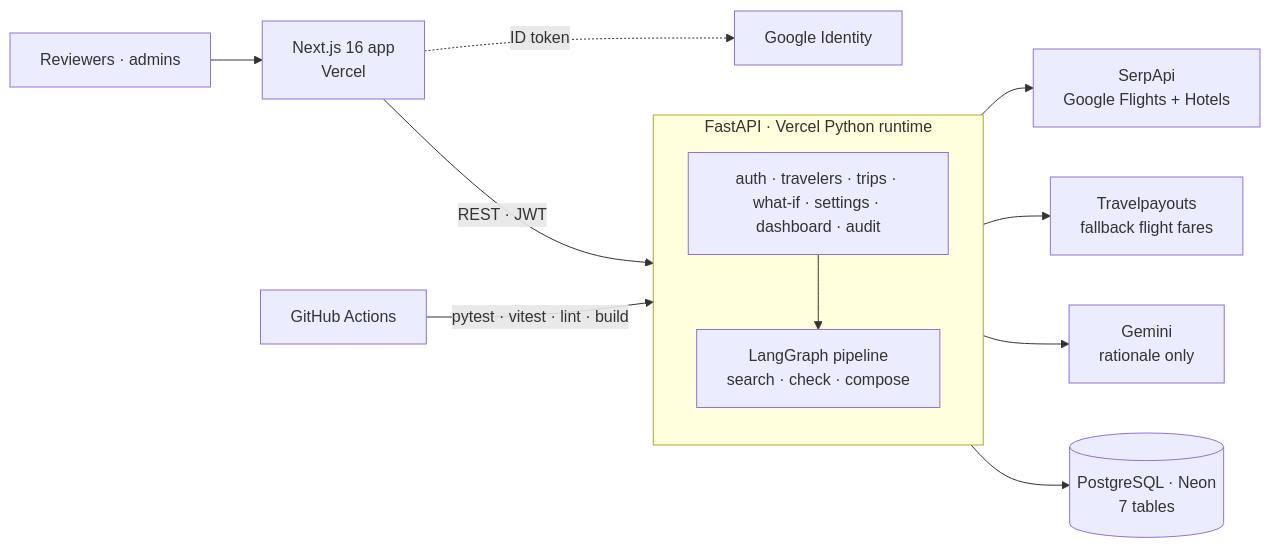
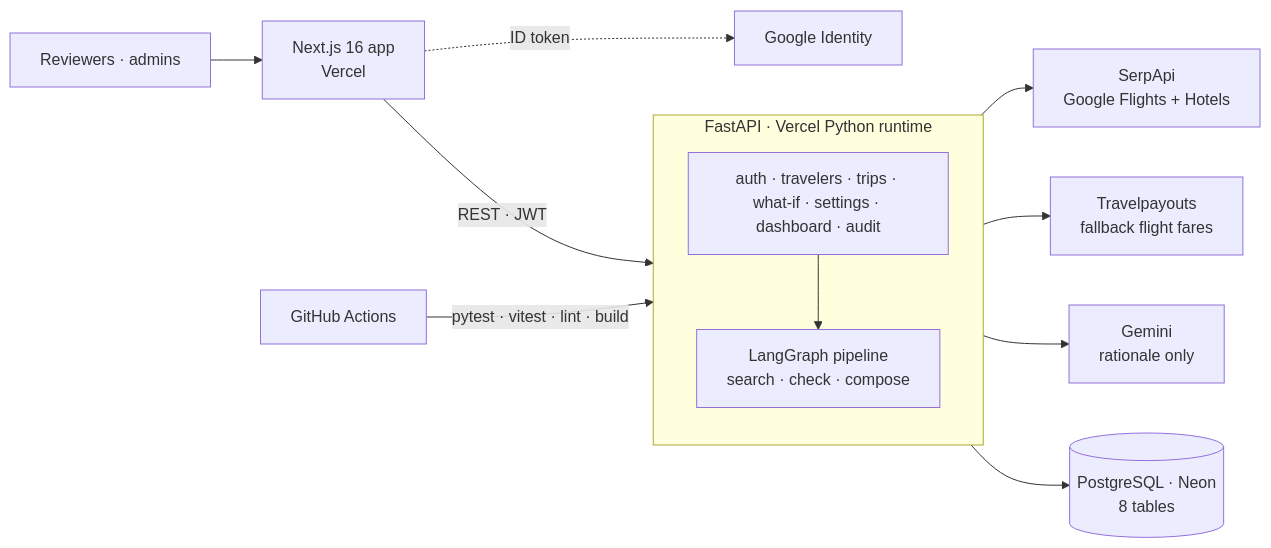
Before and after one commit to bhuvan-somisetty/AI-Trip-Optimizer: the second of 2 diagrams in README.md, drawn with Mermaid. The commit also changed other lines of this file, not shown here.

````diff
--- a/README.md
+++ b/README.md
@@ -171,15 +173,15 @@
 ```mermaid
 flowchart LR
     U[Reviewers · admins] --> FE[Next.js 16 app<br/>Vercel]
     FE -- "REST · JWT" --> API
     FE -. "ID token" .-> GI[Google Identity]
     subgraph API["FastAPI · Vercel Python runtime"]
         direction TB
         AU[auth · travelers · trips · what-if · settings · dashboard · audit] --> PL[LangGraph pipeline<br/>search · check · compose]
     end
-    API --> PG[(PostgreSQL · Neon<br/>7 tables)]
+    API --> PG[(PostgreSQL · Neon<br/>8 tables)]
     PL --> SA[SerpApi<br/>Google Flights + Hotels]
     PL --> TP[Travelpayouts<br/>fallback flight fares]
     PL --> GM[Gemini<br/>rationale only]
     GH[GitHub Actions] -- "pytest · vitest · lint · build" --> API
 ```
````
